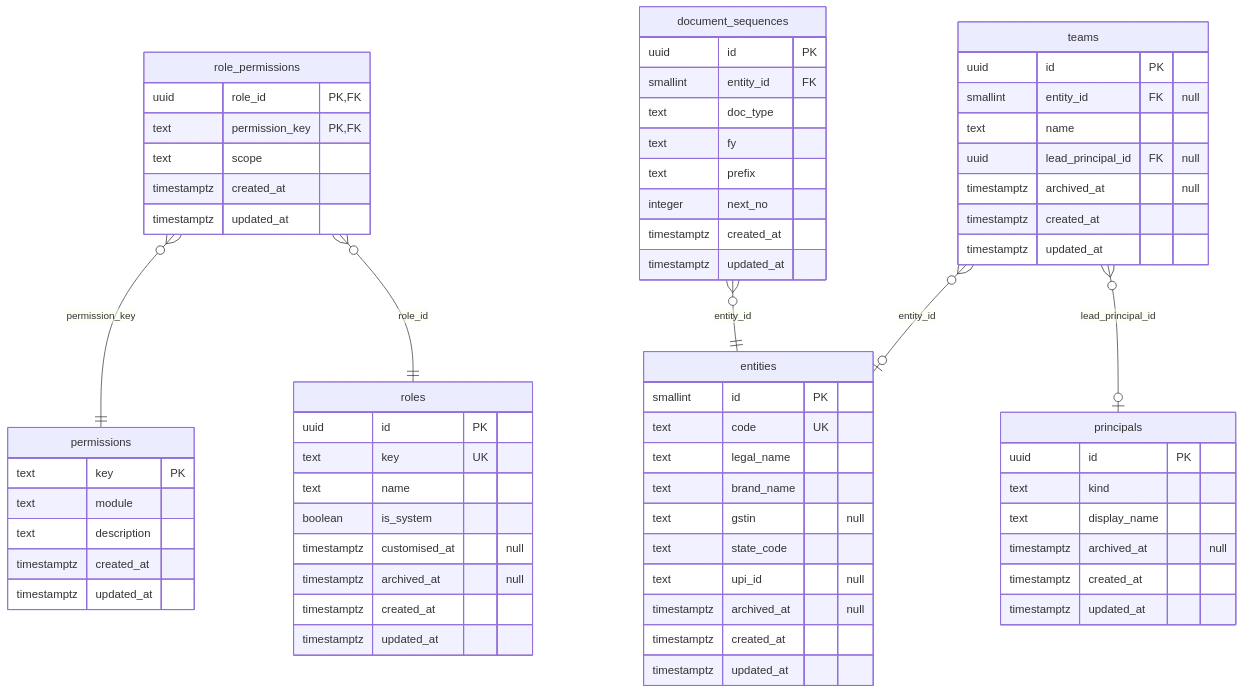
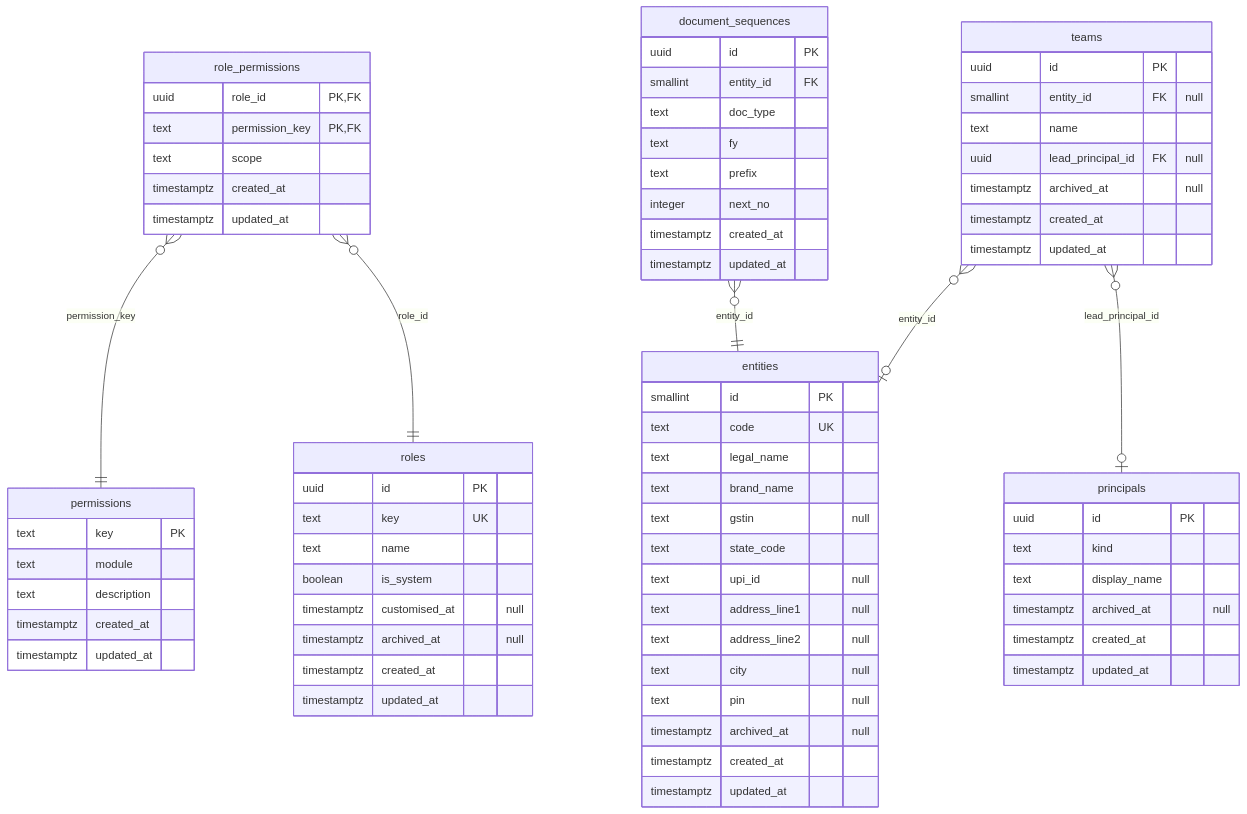
The first of 14 diagrams in docs/data/ERD.md (techaust/shakti_prime), drawn with Mermaid before and after one commit. The commit also changed other lines of this file and 7 other files, not shown here.

````diff
--- a/docs/data/ERD.md
+++ b/docs/data/ERD.md
@@ -9,71 +9,75 @@
 ```mermaid
 erDiagram
   document_sequences {
     uuid id PK
     smallint entity_id FK
     text doc_type
     text fy
     text prefix
     integer next_no
     timestamptz created_at
     timestamptz updated_at
   }
   entities {
     smallint id PK
     text code UK
     text legal_name
     text brand_name
     text gstin "null"
     text state_code
     text upi_id "null"
+    text address_line1 "null"
+    text address_line2 "null"
+    text city "null"
+    text pin "null"
     timestamptz archived_at "null"
     timestamptz created_at
     timestamptz updated_at
   }
   permissions {
     text key PK
     text module
     text description
     timestamptz created_at
     timestamptz updated_at
   }
   principals {
     uuid id PK
     text kind
     text display_name
     timestamptz archived_at "null"
     timestamptz created_at
     timestamptz updated_at
   }
   role_permissions {
     uuid role_id PK, FK
     text permission_key PK, FK
     text scope
     timestamptz created_at
     timestamptz updated_at
   }
   roles {
     uuid id PK
     text key UK
     text name
     boolean is_system
     timestamptz customised_at "null"
     timestamptz archived_at "null"
     timestamptz created_at
     timestamptz updated_at
   }
   teams {
     uuid id PK
     smallint entity_id FK "null"
     text name
     uuid lead_principal_id FK "null"
     timestamptz archived_at "null"
     timestamptz created_at
     timestamptz updated_at
   }
   document_sequences }o--|| entities : "entity_id"
   role_permissions }o--|| permissions : "permission_key"
   role_permissions }o--|| roles : "role_id"
   teams }o--o| entities : "entity_id"
   teams }o--o| principals : "lead_principal_id"
 ```
````
